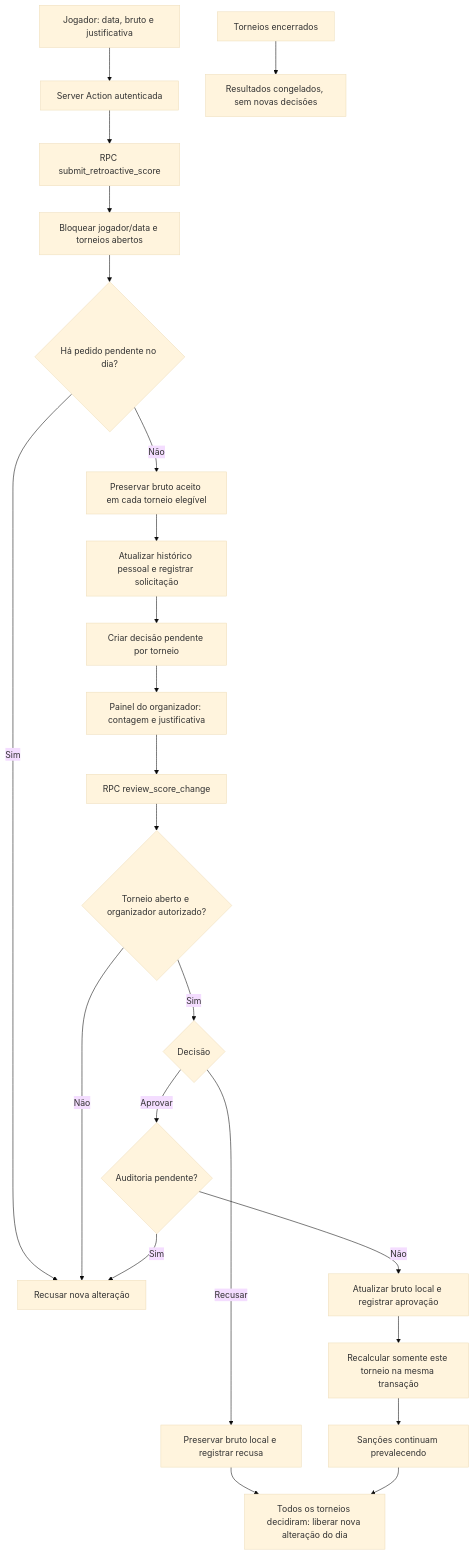
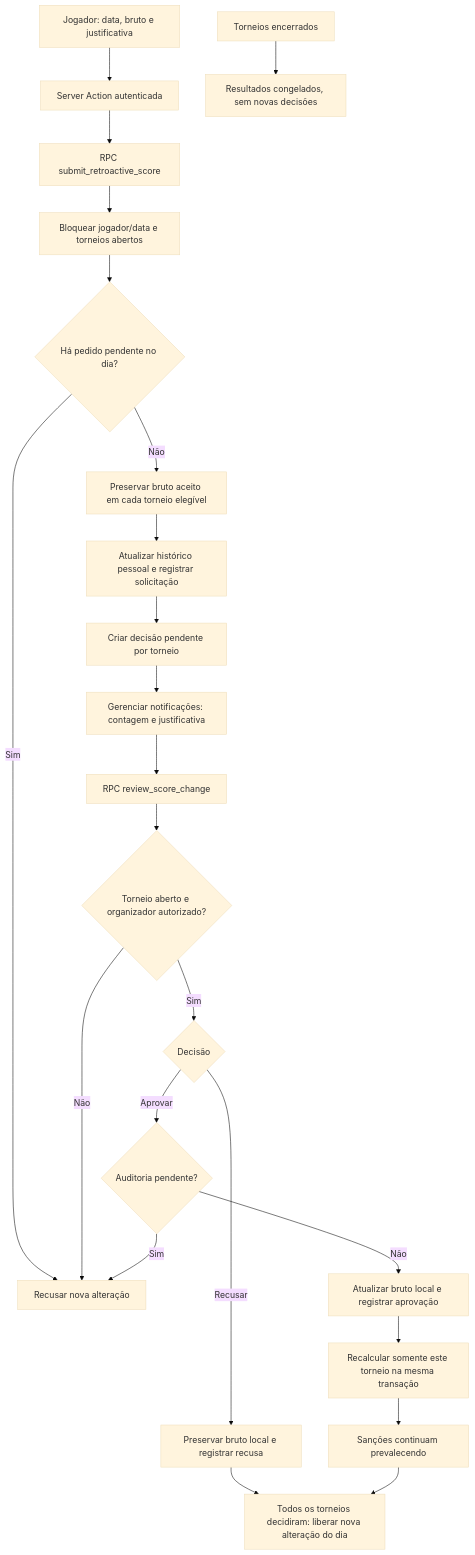
Before and after one commit to martinBernas/Projeto-Integrado: the first of 2 diagrams in docs/diagramas/lancamentos-retroativos.md, drawn with Mermaid (base theme). The commit also changed 36 other files, not shown here.

````diff
--- a/docs/diagramas/lancamentos-retroativos.md
+++ b/docs/diagramas/lancamentos-retroativos.md
@@ -3,25 +3,25 @@
 ```mermaid
 flowchart TD
     J[Jogador: data, bruto e justificativa] --> A[Server Action autenticada]
     A --> R[RPC submit_retroactive_score]
     R --> L[Bloquear jogador/data e torneios abertos]
     L --> P{Há pedido pendente no dia?}
     P -->|Sim| E[Recusar nova alteração]
     P -->|Não| B[Preservar bruto aceito em cada torneio elegível]
     B --> H[Atualizar histórico pessoal e registrar solicitação]
     H --> D[Criar decisão pendente por torneio]
-    D --> N[Painel do organizador: contagem e justificativa]
+    D --> N[Gerenciar notificações: contagem e justificativa]
     N --> V[RPC review_score_change]
     V --> T{Torneio aberto e organizador autorizado?}
     T -->|Não| E
     T -->|Sim| C{Decisão}
     C -->|Recusar| X[Preservar bruto local e registrar recusa]
     C -->|Aprovar| Q{Auditoria pendente?}
     Q -->|Sim| E
     Q -->|Não| U[Atualizar bruto local e registrar aprovação]
     U --> F[Recalcular somente este torneio na mesma transação]
     F --> S[Sanções continuam prevalecendo]
     X --> G[Todos os torneios decidiram: liberar nova alteração do dia]
     S --> G
     Z[Torneios encerrados] --> K[Resultados congelados, sem novas decisões]
 ```
````
